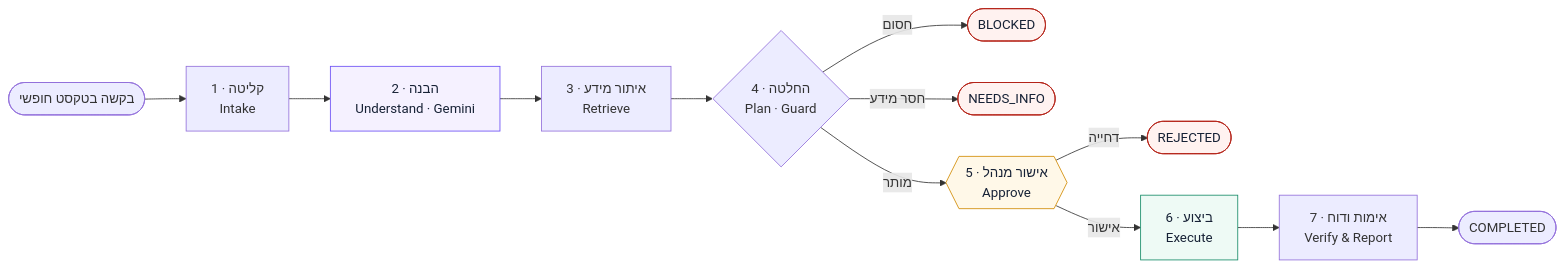
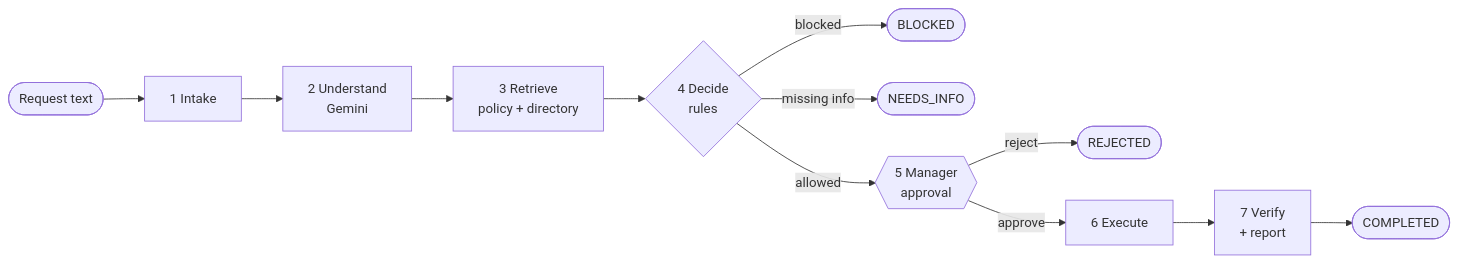
Before and after one commit to ofriimor/access-request-assistant: the diagram in README.md, drawn with Mermaid. The commit also changed other lines of this file and 19 other files, not shown here.

````diff
--- a/README.md
+++ b/README.md
@@ -44,23 +11,14 @@
 ```mermaid
 flowchart LR
-    A([בקשה בטקסט חופשי]) --> B["1 · קליטה<br/>Intake"]
-    B --> C["2 · הבנה<br/>Understand · Gemini"]
-    C --> D["3 · איתור מידע<br/>Retrieve"]
-    D --> E{"4 · החלטה<br/>Plan · Guard"}
-    E -- חסום --> X([BLOCKED])
-    E -- חסר מידע --> Y([NEEDS_INFO])
-    E -- מותר --> F{{"5 · אישור מנהל<br/>Approve"}}
-    F -- דחייה --> Z([REJECTED])
-    F -- אישור --> G["6 · ביצוע<br/>Execute"]
-    G --> H["7 · אימות ודוח<br/>Verify & Report"]
+    A([Request text]) --> B[1 Intake]
+    B --> C[2 Understand<br/>Gemini]
+    C --> D[3 Retrieve<br/>policy + directory]
+    D --> E{4 Decide<br/>rules}
+    E -- blocked --> X([BLOCKED])
+    E -- missing info --> Y([NEEDS_INFO])
+    E -- allowed --> F{{5 Manager<br/>approval}}
+    F -- reject --> Z([REJECTED])
+    F -- approve --> G[6 Execute]
+    G --> H[7 Verify<br/>+ report]
     H --> I([COMPLETED])
-
-    classDef llm fill:#f5f1ff,stroke:#6a4df5,color:#172236
-    classDef human fill:#fff8e8,stroke:#d28a00,color:#172236
-    classDef action fill:#eefaf5,stroke:#168b68,color:#172236
-    classDef stop fill:#fff2f0,stroke:#b42318,color:#172236
-    class C llm
-    class F human
-    class G action
-    class X,Y,Z stop
 ```
````
